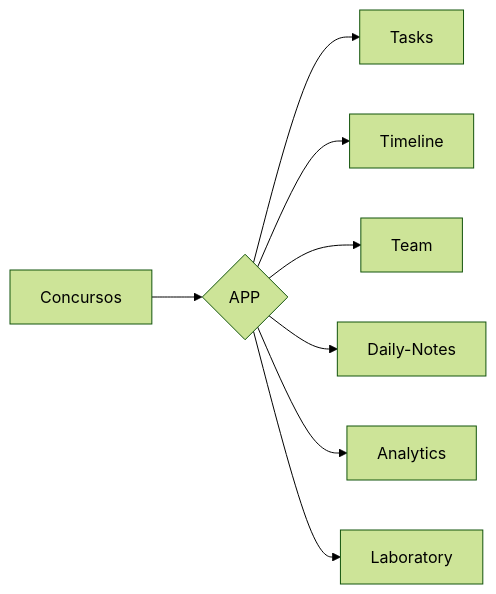
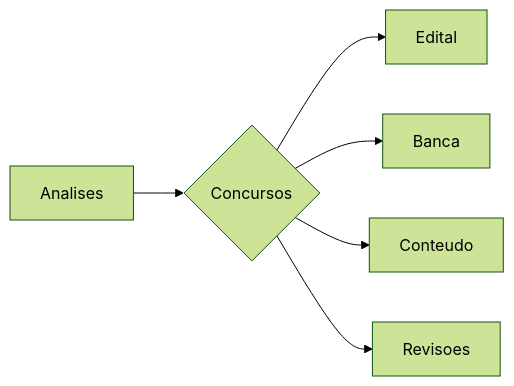
One commit to SauloCandeira/concursos changed the diagram in readme.md. Above: the diagram before and after it, drawn with Mermaid (forest theme).

````diff
--- a/readme.md
+++ b/readme.md
@@ -17,14 +17,12 @@
 ```mermaid
 flowchart LR
 
-B[Concursos]
+B[Analises]
 
-B --> C{APP}
-C --> J[Tasks]
-C --> K[Timeline]
-C --> L[Team]
-C --> M[Daily-Notes]
-C --> N[Analytics]
-C --> O[Laboratory]
+B --> C{Concursos}
+C --> J[Edital]
+C --> K[Banca]
+C --> L[Conteudo]
+C --> M[Revisoes]
 
 ```
````
